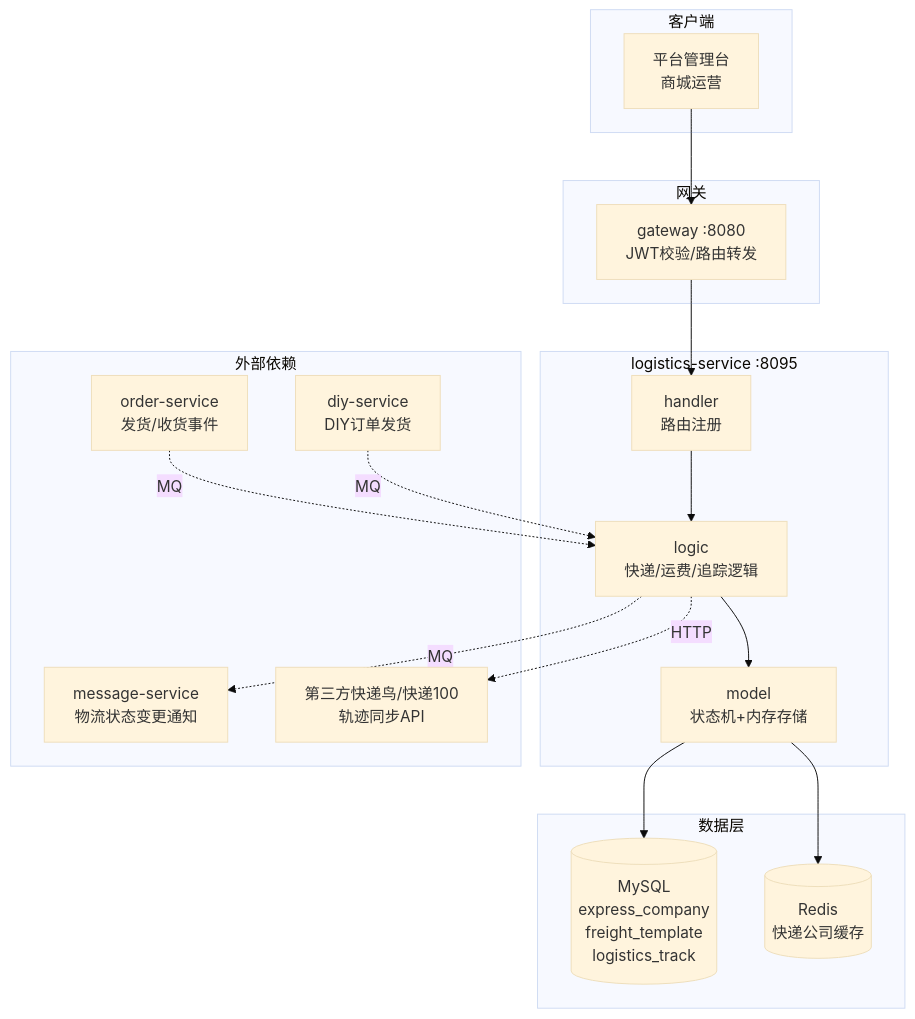
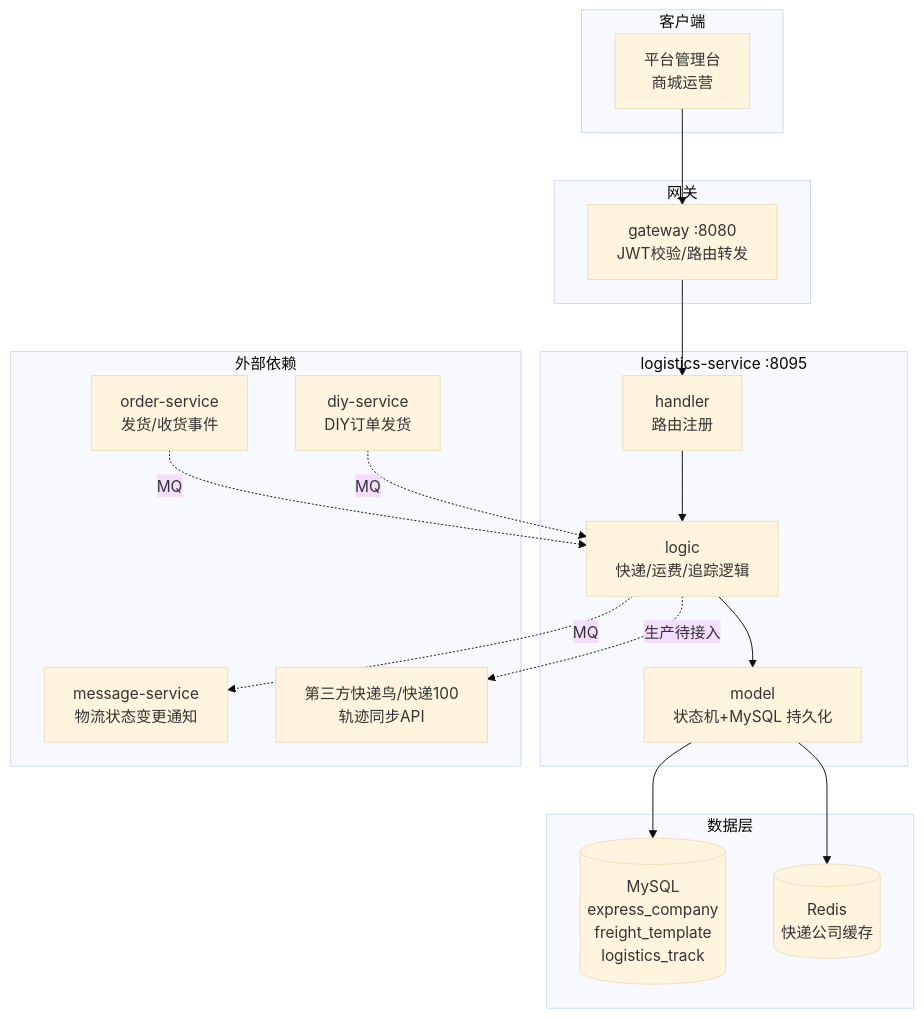
The first of 2 diagrams in docs/architecture/services/物流服务.md (askxuan-dongfang/askxuan-docs), drawn with Mermaid (base theme) before and after one commit. The commit also changed other lines of this file and 11 other files, not shown here.

````diff
--- a/docs/architecture/services/物流服务.md
+++ b/docs/architecture/services/物流服务.md
@@ -26,39 +26,39 @@
 ```mermaid
 graph TB
     subgraph 客户端
         PLATFORM["平台管理台<br/>商城运营"]
     end
 
     subgraph 网关
         GW["gateway :8080<br/>JWT校验/路由转发"]
     end
 
     subgraph logistics-service["logistics-service :8095"]
         HANDLER["handler<br/>路由注册"]
         LOGIC["logic<br/>快递/运费/追踪逻辑"]
-        MODEL["model<br/>状态机+内存存储"]
+        MODEL["model<br/>状态机+MySQL 持久化"]
     end
 
     subgraph 数据层
         MYSQL[("MySQL<br/>express_company<br/>freight_template<br/>logistics_track")]
         REDIS[("Redis<br/>快递公司缓存")]
     end
 
     subgraph 外部依赖
         ORDER["order-service<br/>发货/收货事件"]
         DIY["diy-service<br/>DIY订单发货"]
         MSG["message-service<br/>物流状态变更通知"]
         KUAIDI["第三方快递鸟/快递100<br/>轨迹同步API"]
     end
 
     PLATFORM --> GW
     GW --> HANDLER
     HANDLER --> LOGIC
     LOGIC --> MODEL
     MODEL --> MYSQL
     MODEL --> REDIS
     ORDER -.MQ.-> LOGIC
     DIY -.MQ.-> LOGIC
     LOGIC -.MQ.-> MSG
-    LOGIC -.HTTP.-> KUAIDI
+    LOGIC -.生产待接入.-> KUAIDI
 ```
````
